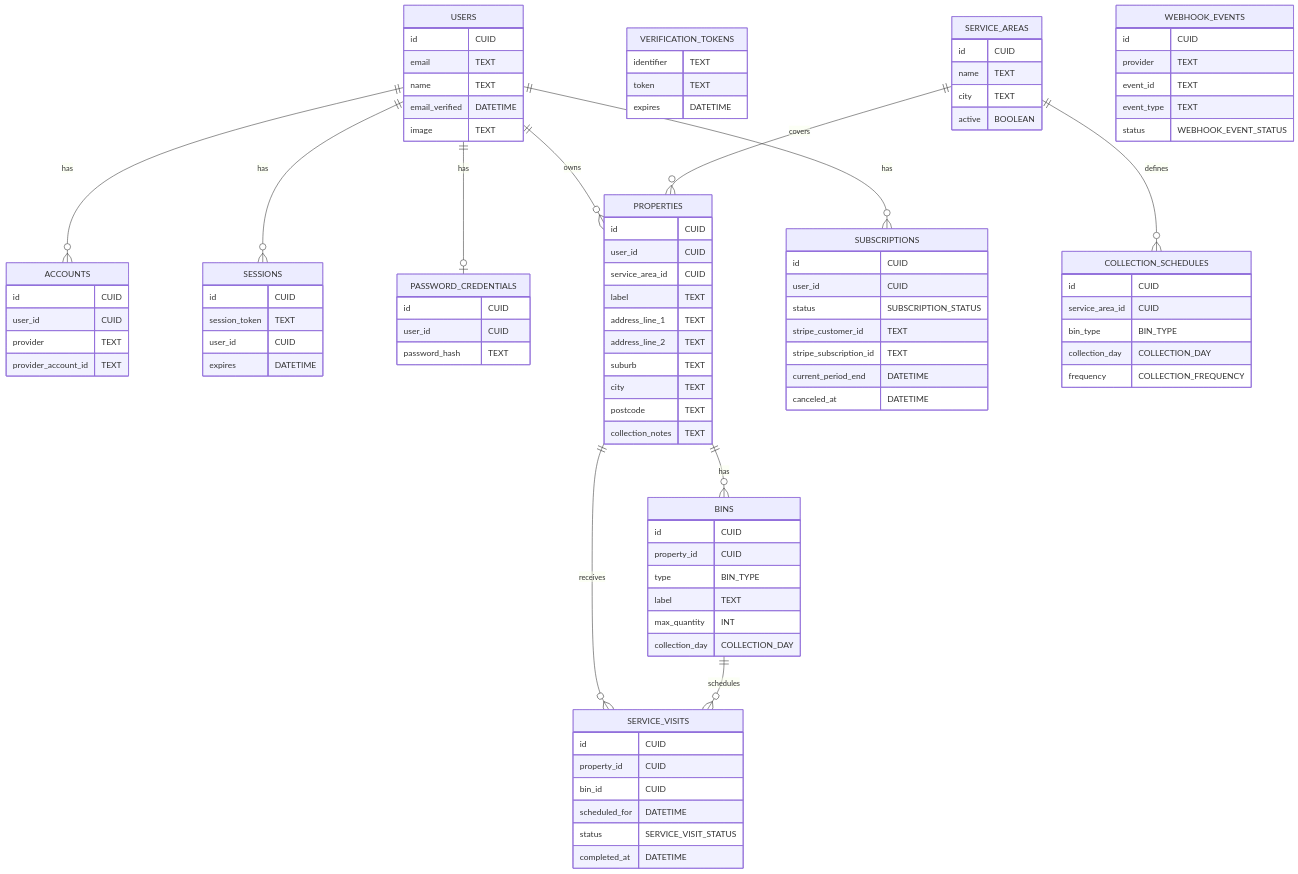
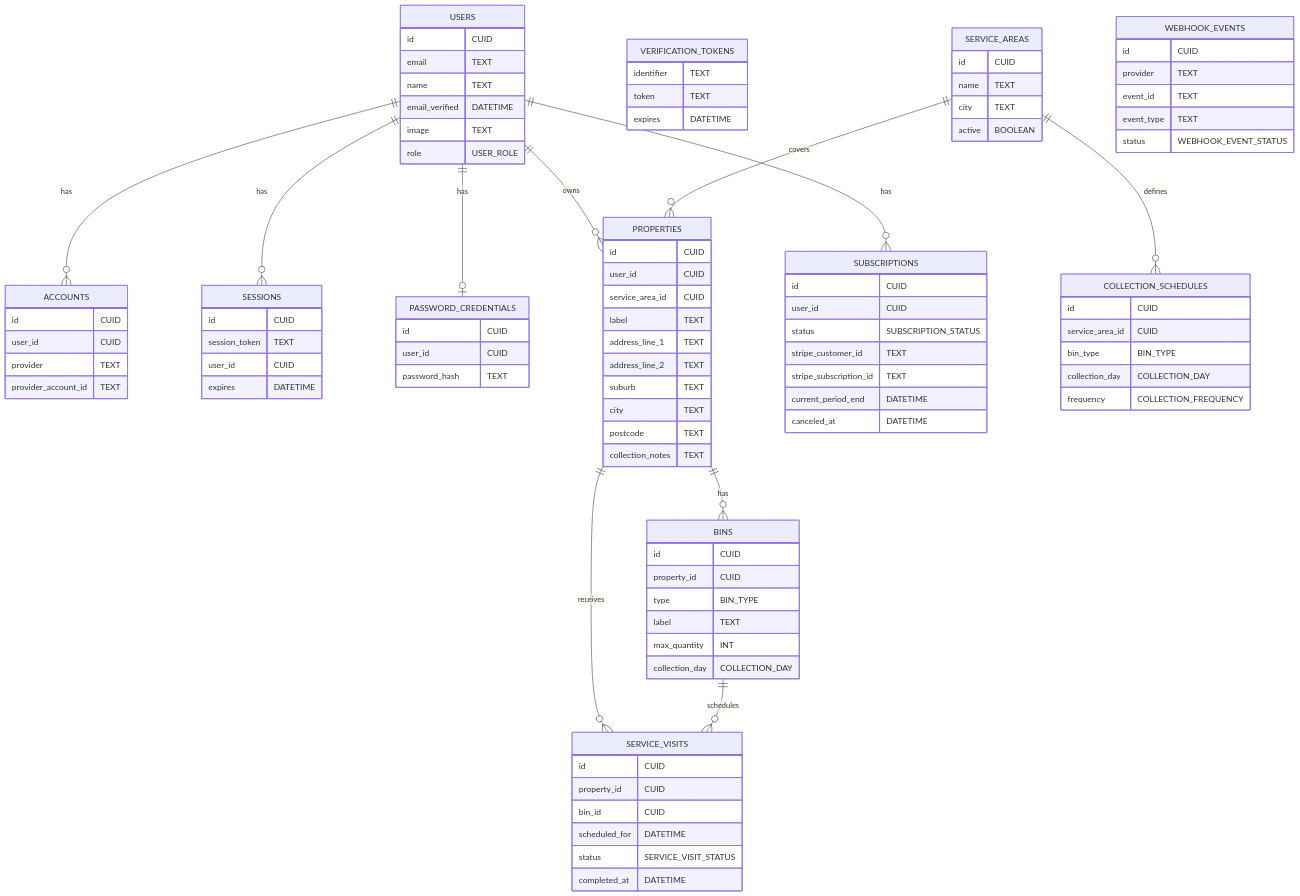
Before and after one commit to angelacollings/binrun: the diagram in docs/diagrams/data-model.md, drawn with Mermaid. The commit also changed 19 other files, not shown here.

```diff
--- a/docs/diagrams/data-model.md
+++ b/docs/diagrams/data-model.md
@@ -13,6 +13,7 @@
 name TEXT
 email_verified DATETIME
 image TEXT
+role USER_ROLE
 }
 
     ACCOUNTS {
```
